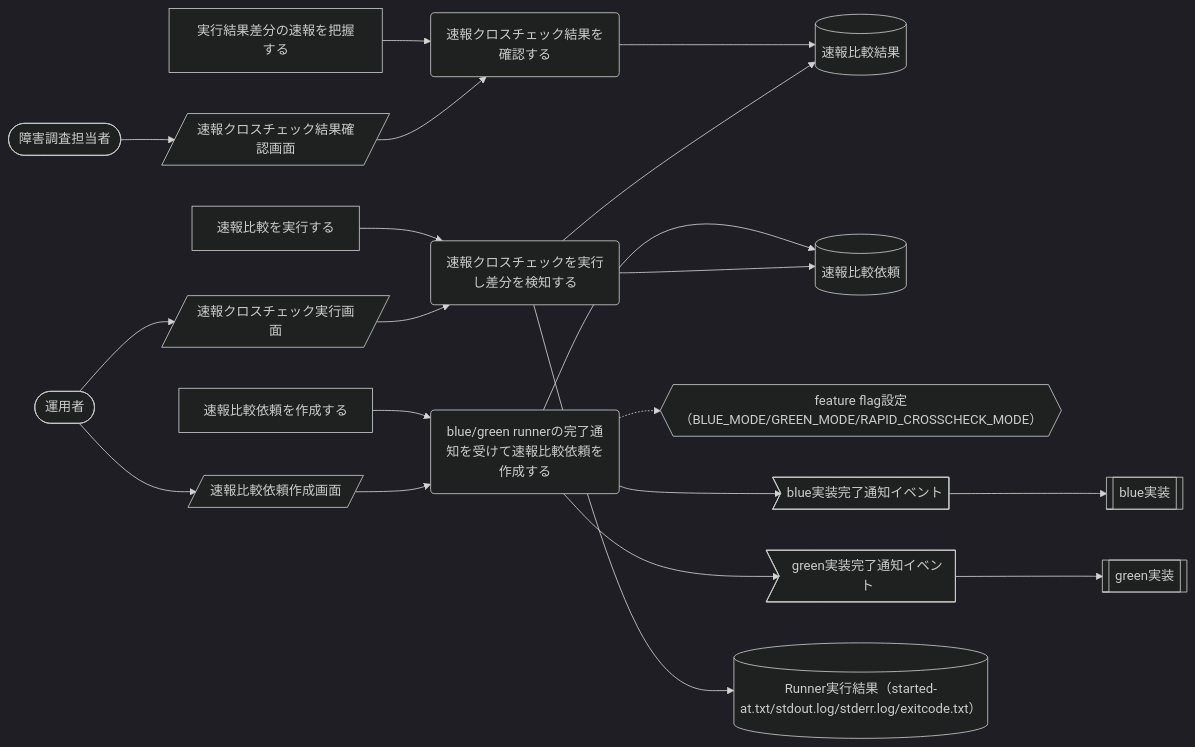
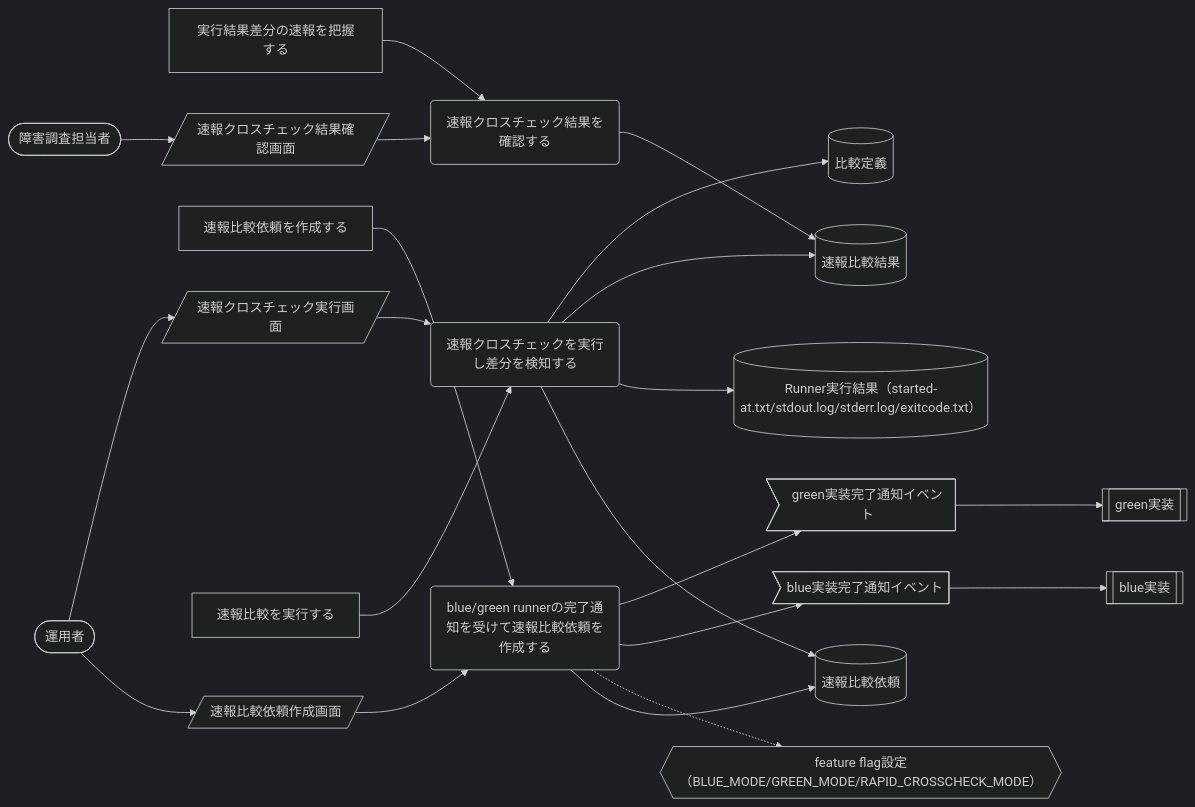
One commit to suwa-sh/relay-gate changed the second of 9 diagrams in docs/rdra/latest/views/04_UC複合図.md. Above: the diagram before and after it, drawn with Mermaid (dark theme). The commit also changed other lines of this file and 972 other files, not shown here.

````diff
--- a/docs/rdra/latest/views/04_UC複合図.md
+++ b/docs/rdra/latest/views/04_UC複合図.md
@@ -82,41 +87,43 @@
 ```mermaid
 graph LR
   UC1("速報クロスチェック結果を確認する")
   AT1["実行結果差分の速報を把握する"]
   IF1[("速報比較結果")]
   SC1[/"速報クロスチェック結果確認画面"/]
   AC1(["障害調査担当者"])
   UC2("blue/green runnerの完了通知を受けて速報比較依頼を作成する")
   AT2["速報比較依頼を作成する"]
   IF2[("速報比較依頼")]
   CD1{{"feature flag設定（BLUE_MODE/GREEN_MODE/RAPID_CROSSCHECK_MODE）"}}
   SC2[/"速報比較依頼作成画面"/]
   AC2(["運用者"])
   EV1>"blue実装完了通知イベント"]
   EX1[["blue実装"]]
   EV2>"green実装完了通知イベント"]
   EX2[["green実装"]]
   UC3("速報クロスチェックを実行し差分を検知する")
   AT3["速報比較を実行する"]
   IF3[("Runner実行結果（started-at.txt/stdout.log/stderr.log/exitcode.txt）")]
   SC3[/"速報クロスチェック実行画面"/]
+  IF4[("比較定義")]
   AT1 --> UC1
   UC1 --> IF1
   AC1 --> SC1
   SC1 --> UC1
   AT2 --> UC2
   UC2 --> IF2
   UC2 -.-> CD1
   AC2 --> SC2
   SC2 --> UC2
   UC2 --> EV1
   EV1 --> EX1
   UC2 --> EV2
   EV2 --> EX2
   AT3 --> UC3
   UC3 --> IF2
   UC3 --> IF3
   UC3 --> IF1
   AC2 --> SC3
   SC3 --> UC3
+  UC3 --> IF4
 ```
````
